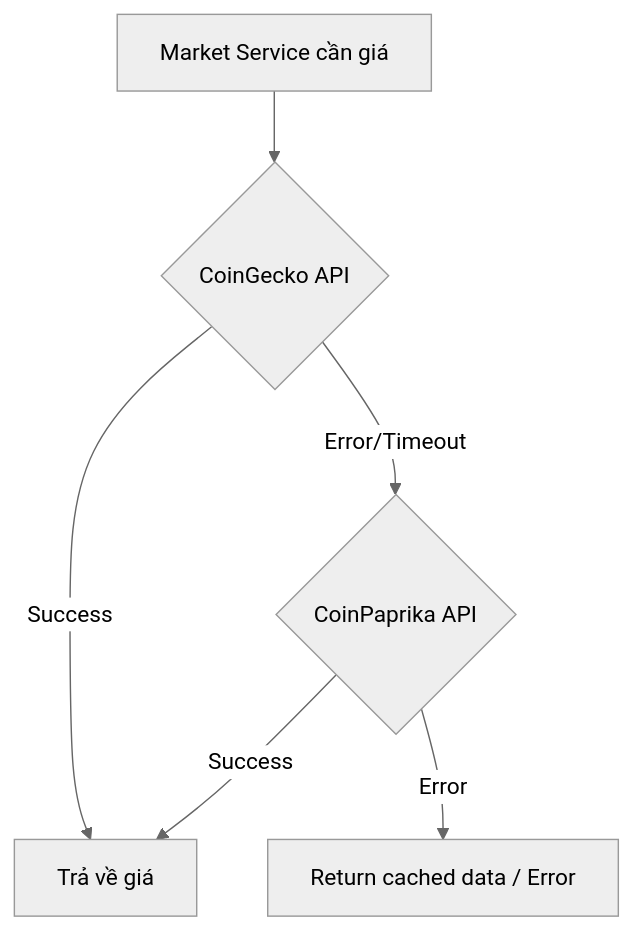
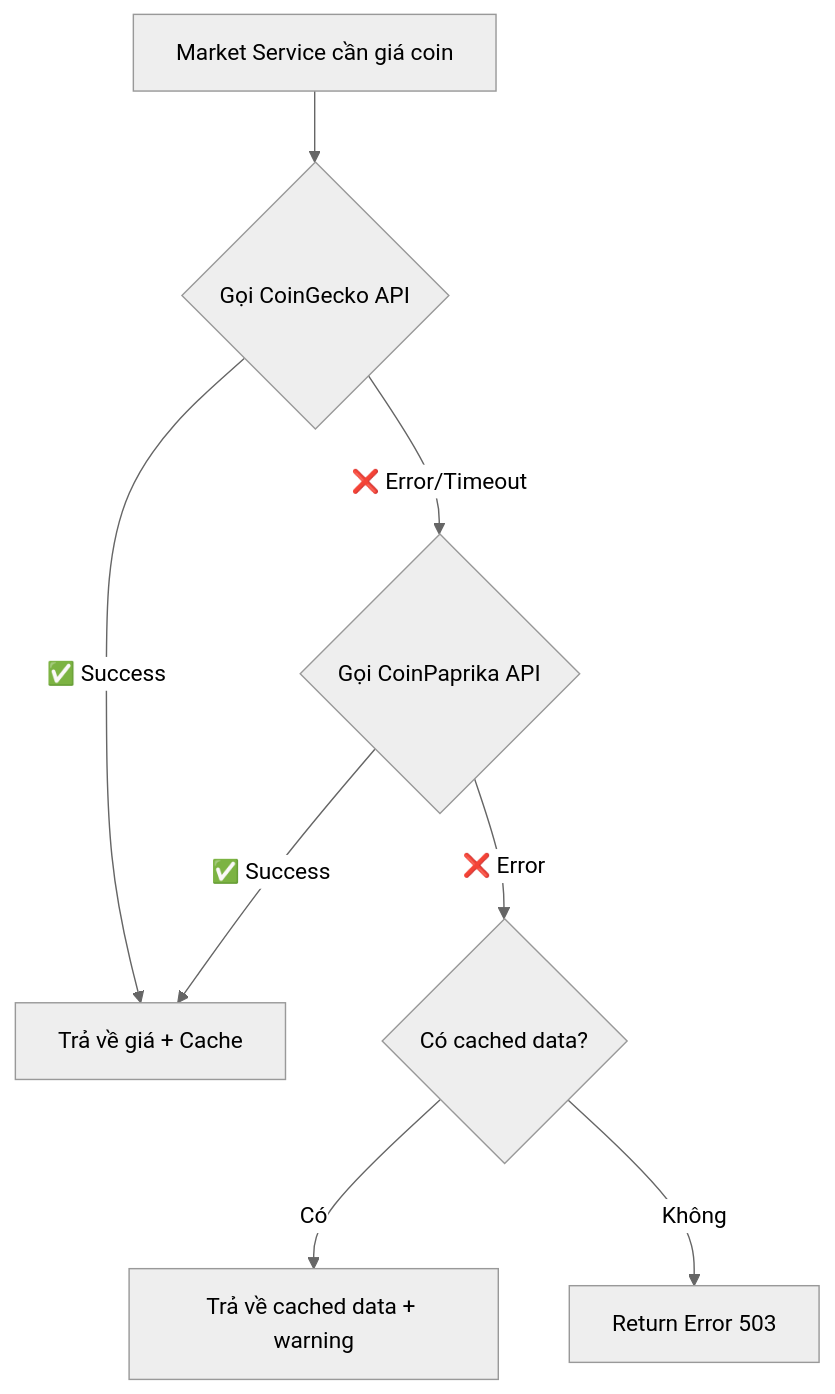
Diagram 18 of 27 in docs/BAO_CAO_KIEN_TRUC_HUONG_DICH_VU.md (doanthetin193/CryptoTradingSOA), drawn with Mermaid (neutral theme) before and after one commit. The commit also changed other lines of this file and 1 other file, not shown here.

````diff
--- a/docs/BAO_CAO_KIEN_TRUC_HUONG_DICH_VU.md
+++ b/docs/BAO_CAO_KIEN_TRUC_HUONG_DICH_VU.md
@@ -767,8 +998,10 @@
 ```mermaid
 flowchart TD
-    A[Market Service cần giá] --> B{CoinGecko API}
-    B -->|Success| C[Trả về giá]
-    B -->|Error/Timeout| D{CoinPaprika API}
-    D -->|Success| C
-    D -->|Error| E[Return cached data / Error]
+    A[Market Service cần giá coin] --> B{Gọi CoinGecko API}
+    B -->|✅ Success| C[Trả về giá + Cache]
+    B -->|❌ Error/Timeout| D{Gọi CoinPaprika API}
+    D -->|✅ Success| C
+    D -->|❌ Error| E{Có cached data?}
+    E -->|Có| F[Trả về cached data + warning]
+    E -->|Không| G[Return Error 503]
 ```
````
